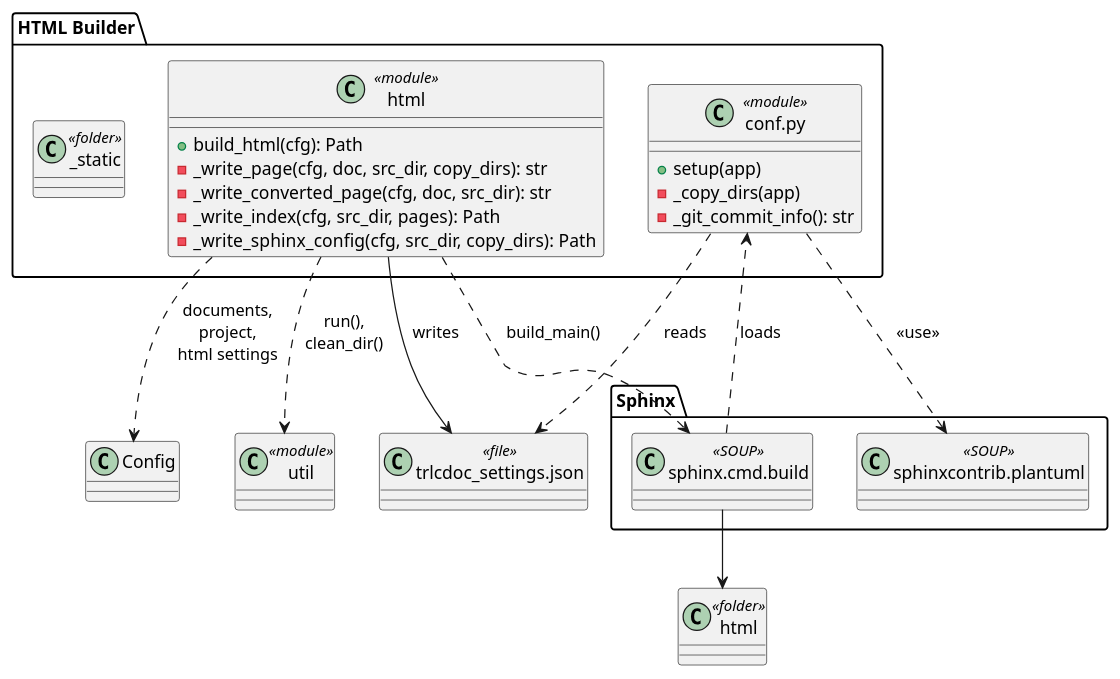
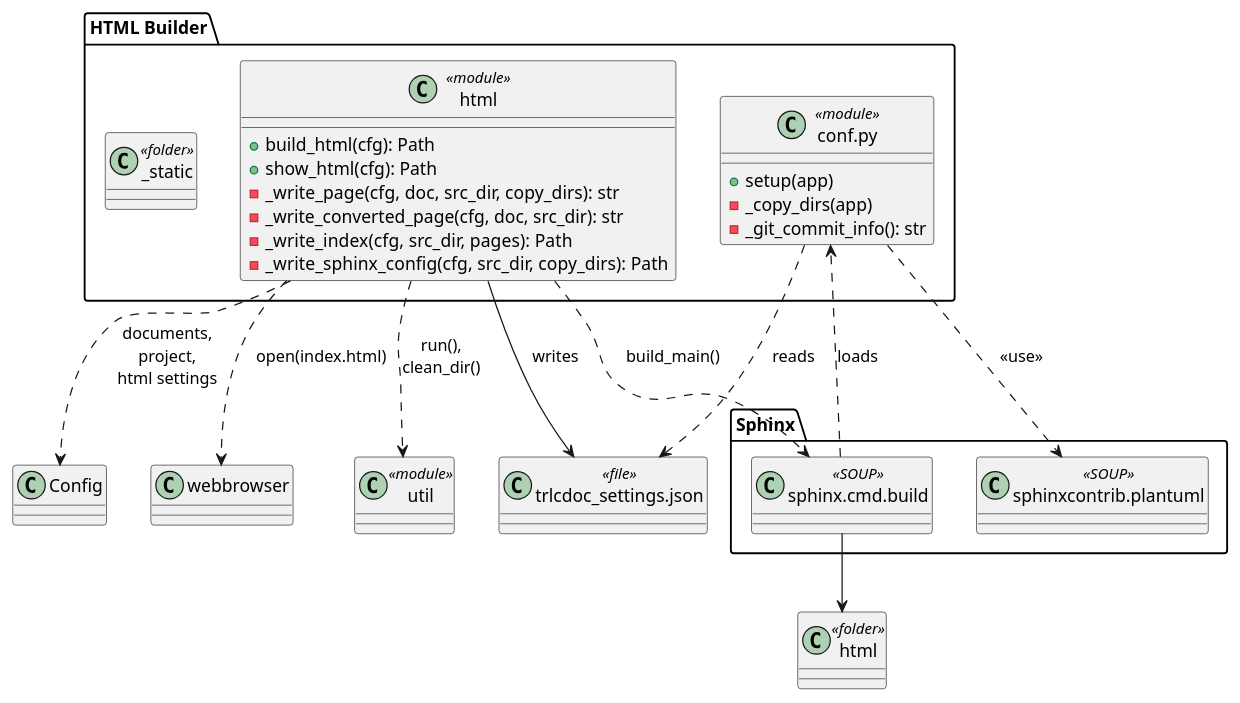
The diagram in trlc/swe-arch/img/comp_html.puml (nhjschulz/trlc-doc), drawn with PlantUML before and after one commit. The commit also changed 9 other files, not shown here.

First line of the commit message:
feat(html): Add step to open webpage in a browser

```diff
--- a/trlc/swe-arch/img/comp_html.puml
+++ b/trlc/swe-arch/img/comp_html.puml
@@ -1,40 +1,43 @@
 @startuml comp_html
 
 package "HTML Builder" {
     class "html" as html <<module>> {
         + build_html(cfg): Path
+        + show_html(cfg): Path
         - _write_page(cfg, doc, src_dir, copy_dirs): str
         - _write_converted_page(cfg, doc, src_dir): str
         - _write_index(cfg, src_dir, pages): Path
         - _write_sphinx_config(cfg, src_dir, copy_dirs): Path
     }
 
     class "conf.py" as conf <<module>> {
         + setup(app)
         - _copy_dirs(app)
         - _git_commit_info(): str
     }
 
     class "_static" as static <<folder>>
 }
 
 package "Sphinx" {
     class "sphinx.cmd.build" as build <<SOUP>>
     class "sphinxcontrib.plantuml" as spuml <<SOUP>>
 }
 
 class "Config" as cfg
 class "util" as util <<module>>
 
 class "trlcdoc_settings.json" as settings <<file>>
 class "html" as site <<folder>>
+class "webbrowser" as browser
 
 html ..> cfg : documents,\nproject,\nhtml settings
 html ..> util : run(),\nclean_dir()
 html --> settings : writes
 html ..> build : build_main()
 build ..> conf : loads
 conf ..> settings : reads
 conf ..> spuml : <<use>>
 build --> site
+html ..> browser : open(index.html)
 @enduml
```
